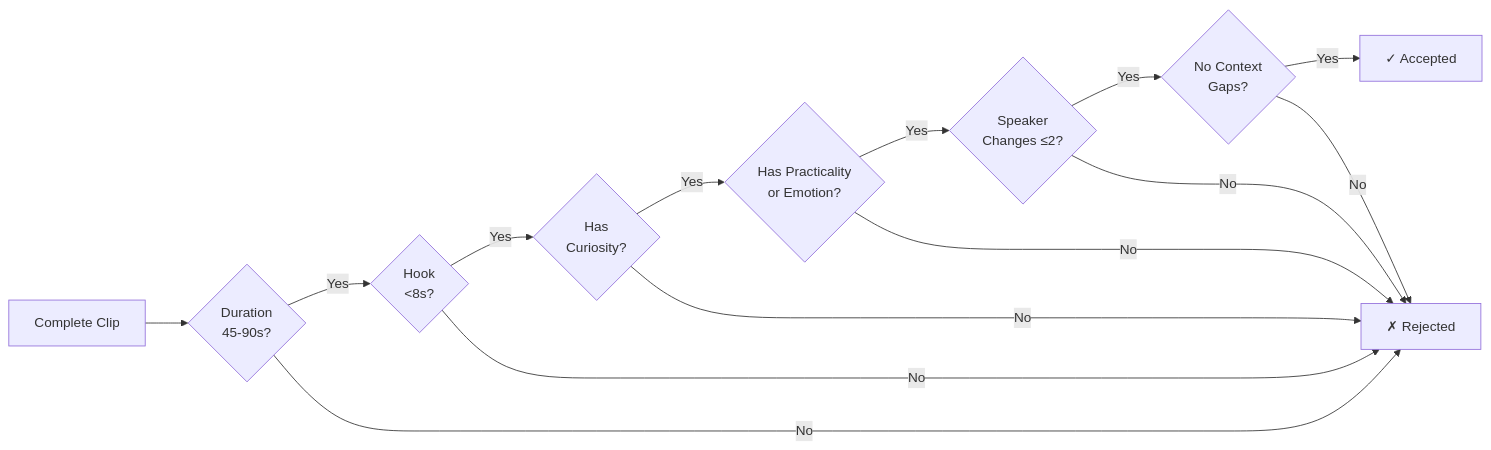
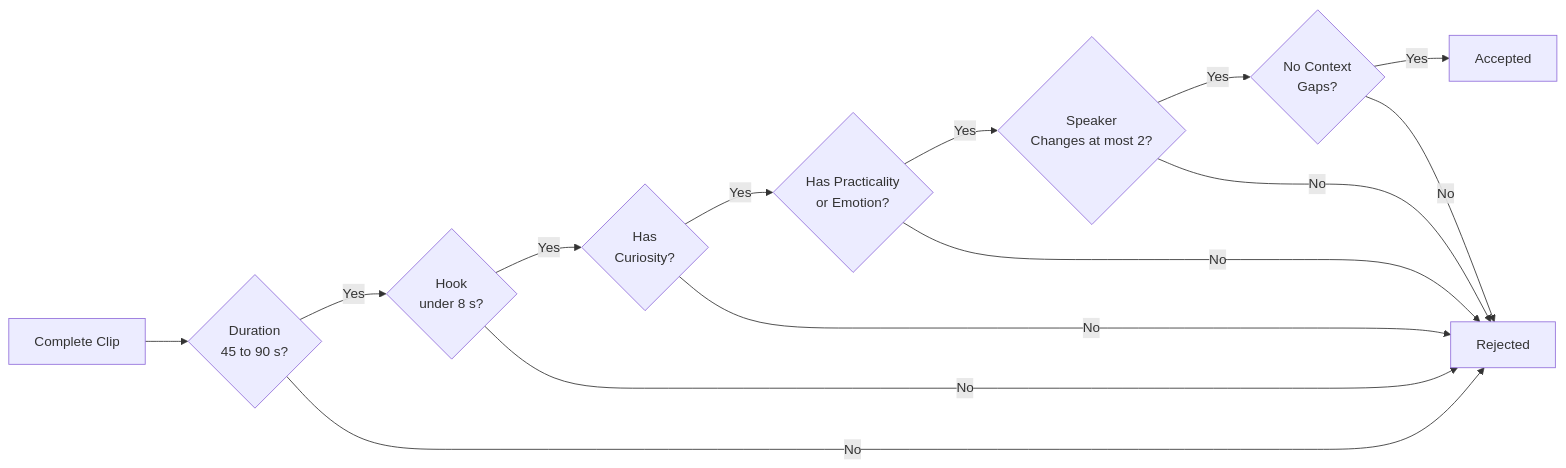
Diagram 11 of 24 in README.md (samm329-ui/Trimora), drawn with Mermaid before and after one commit. The commit also changed other lines of this file, not shown here.

Commit message:
docs: comprehensive README with Mermaid diagrams for the engine pipeline

````diff
--- a/README.md
+++ b/README.md
@@ -435,16 +462,16 @@
 ```mermaid
 flowchart LR
-    CLIP[Complete Clip] --> DUR{Duration<br/>45-90s?}
-    DUR -->|Yes| HOOK{Hook<br/><8s?}
-    HOOK -->|Yes| CURIO{Has<br/>Curiosity?}
-    CURIO -->|Yes| VALUE{Has Practicality<br/>or Emotion?}
-    VALUE -->|Yes| SPEAKER{Speaker<br/>Changes ≤2?}
-    SPEAKER -->|Yes| CONTEXT{No Context<br/>Gaps?}
-    CONTEXT -->|Yes| ACCEPT[✓ Accepted]
-    DUR -->|No| REJ[✗ Rejected]
-    HOOK -->|No| REJ
-    CURIO -->|No| REJ
-    VALUE -->|No| REJ
-    SPEAKER -->|No| REJ
-    CONTEXT -->|No| REJ
+    CLIP[Complete Clip] --> DUR{Duration<br/>45 to 90 s?}
+    DUR -- Yes --> HOOK{Hook<br/>under 8 s?}
+    HOOK -- Yes --> CURIO{Has<br/>Curiosity?}
+    CURIO -- Yes --> VALUE{Has Practicality<br/>or Emotion?}
+    VALUE -- Yes --> SPEAKER{Speaker<br/>Changes at most 2?}
+    SPEAKER -- Yes --> CONTEXT{No Context<br/>Gaps?}
+    CONTEXT -- Yes --> ACCEPT[Accepted]
+    DUR -- No --> REJ[Rejected]
+    HOOK -- No --> REJ
+    CURIO -- No --> REJ
+    VALUE -- No --> REJ
+    SPEAKER -- No --> REJ
+    CONTEXT -- No --> REJ
 ```
````
